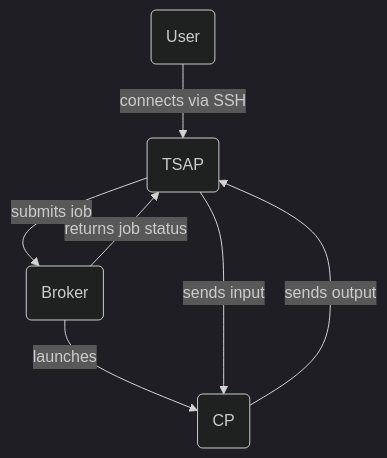
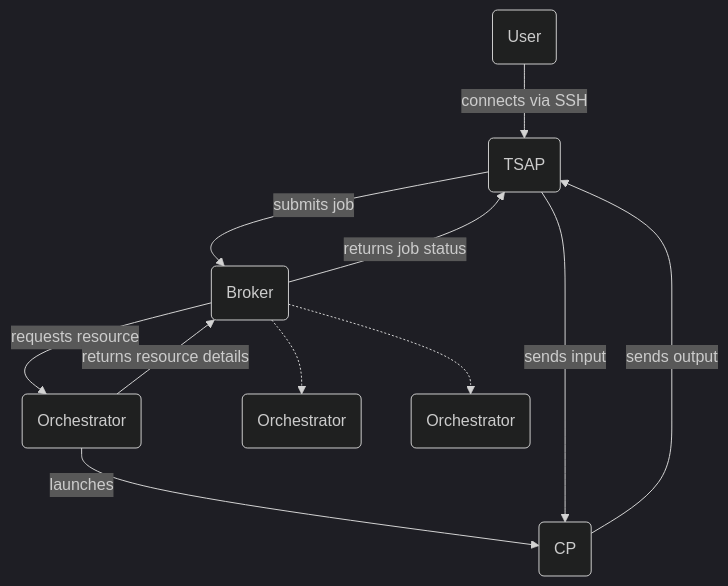
Before and after one commit to bencrannich/ts.service: the second of 2 diagrams in README.md, drawn with Mermaid (dark theme). The commit also changed other lines of this file, not shown here.

````diff
--- a/README.md
+++ b/README.md
@@ -3,14 +11,19 @@
 ```mermaid
 graph TD;
-	user(User) -->|connects via SSH| tsap;
+ ssh-user(User) -->|connects via SSH| ssh-tsap;
 
-	tsap(TSAP) -->|submits job| broker(Broker);
+ ssh-tsap(TSAP) -->|submits job| broker(Broker);
 
-	broker -->|launches| cp(CP);
+ broker -->|requests resource| orchestrator1(Orchestrator);
+ broker .-> orchestrator2(Orchestrator);
+ broker .-> orchestrator3(Orchestrator);
 
-	broker -->|returns job status| tsap;
+ orchestrator1 -->|launches| cp1(CP);
+ orchestrator1 -->|returns resource details| broker;
 
-	tsap -->|sends input| cp;
+ broker -->|returns job status| ssh-tsap;
 
-	cp -->|sends output| tsap;
+ ssh-tsap -->|sends input| cp1;
+
+ cp1 -->|sends output| ssh-tsap;
 ```
````
